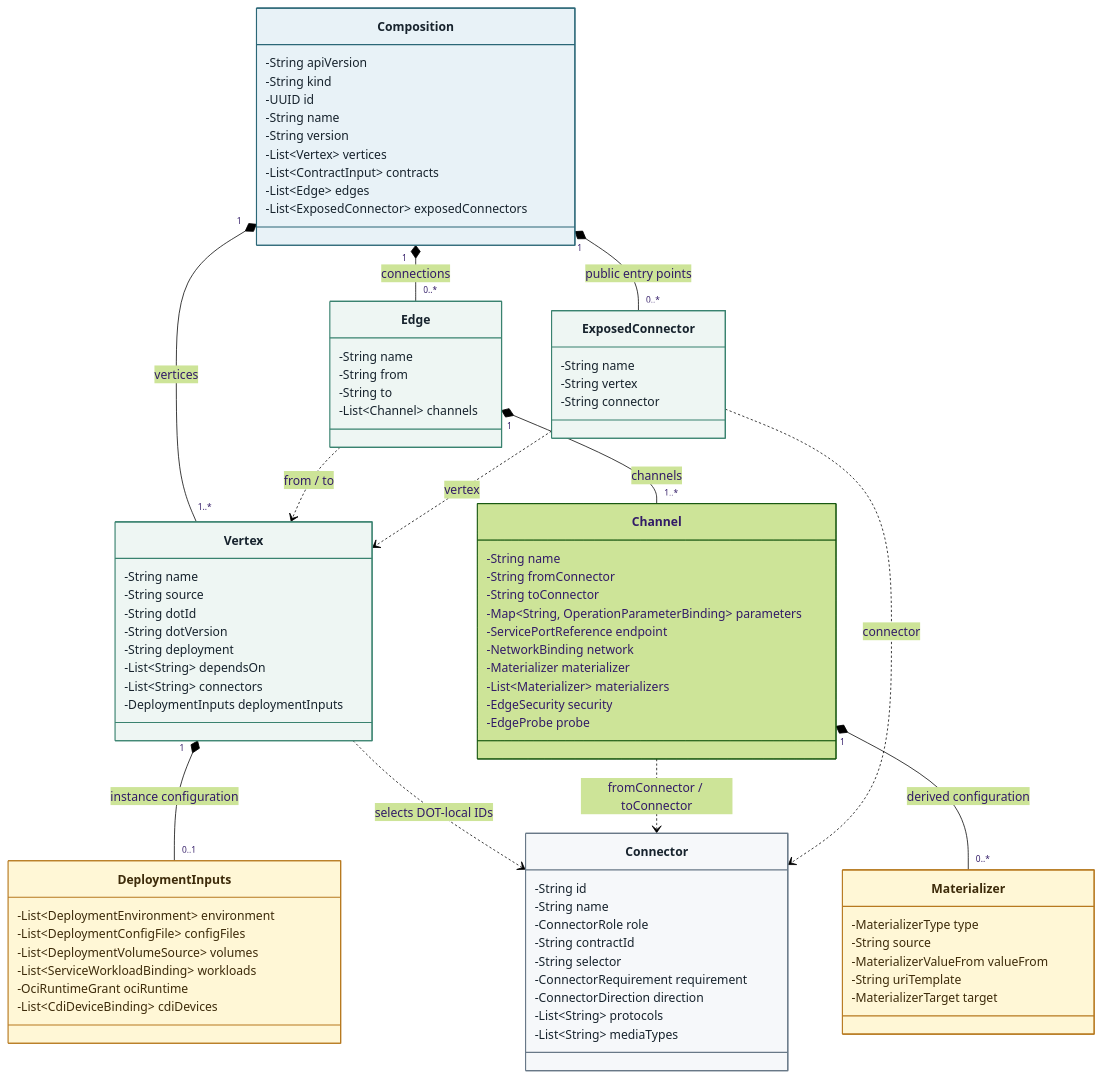
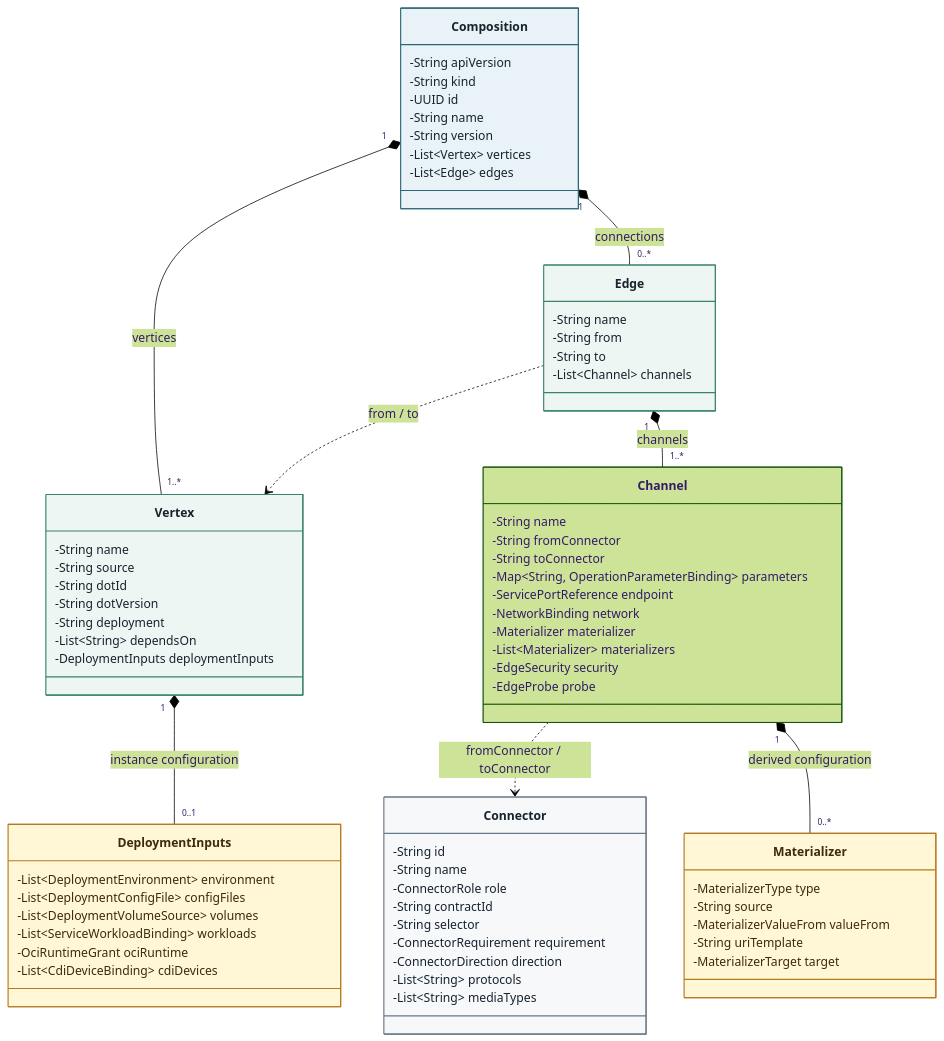
One commit to MARE-EU-Project/DOT-Docs changed the diagram in DOT-Design/next/dot-design/_attachments/diagrams/domain-composition.mmd. Above: the diagram before and after it, drawn with Mermaid (forest theme). The commit also changed 53 other files, not shown here.

```diff
--- a/DOT-Design/next/dot-design/_attachments/diagrams/domain-composition.mmd
+++ b/DOT-Design/next/dot-design/_attachments/diagrams/domain-composition.mmd
@@ -1,95 +1,82 @@
 classDiagram
   direction TB
   accTitle: Composition vertices, edges, channels, and deployment inputs
-  accDescr: Edges connect named vertices. Each edge owns channels that select a connector on each endpoint. Each Vertex selects IDs from the Connectors defined by its DOT.
+  accDescr: Edges connect named vertices. Each edge owns channels that select a connector on each endpoint. All Connectors declared by each selected DOT are available to Channels.
 
   class Composition {
     -String apiVersion
     -String kind
     -UUID id
     -String name
     -String version
     -List~Vertex~ vertices
-    -List~ContractInput~ contracts
     -List~Edge~ edges
-    -List~ExposedConnector~ exposedConnectors
   }
   class Vertex {
     -String name
     -String source
     -String dotId
     -String dotVersion
     -String deployment
     -List~String~ dependsOn
-    -List~String~ connectors
     -DeploymentInputs deploymentInputs
   }
   class DeploymentInputs {
     -List~DeploymentEnvironment~ environment
     -List~DeploymentConfigFile~ configFiles
     -List~DeploymentVolumeSource~ volumes
     -List~ServiceWorkloadBinding~ workloads
     -OciRuntimeGrant ociRuntime
     -List~CdiDeviceBinding~ cdiDevices
   }
   class Edge {
     -String name
     -String from
     -String to
     -List~Channel~ channels
   }
   class Channel {
     -String name
     -String fromConnector
     -String toConnector
     -Map~String, OperationParameterBinding~ parameters
     -ServicePortReference endpoint
     -NetworkBinding network
     -Materializer materializer
     -List~Materializer~ materializers
     -EdgeSecurity security
     -EdgeProbe probe
   }
   class Connector {
     -String id
     -String name
     -ConnectorRole role
     -String contractId
     -String selector
     -ConnectorRequirement requirement
     -ConnectorDirection direction
     -List~String~ protocols
     -List~String~ mediaTypes
   }
   class Materializer {
     -MaterializerType type
     -String source
     -MaterializerValueFrom valueFrom
     -String uriTemplate
     -MaterializerTarget target
   }
-  class ExposedConnector {
-    -String name
-    -String vertex
-    -String connector
-  }
 
   Composition "1" *-- "1..*" Vertex : vertices
   Composition "1" *-- "0..*" Edge : connections
-  Composition "1" *-- "0..*" ExposedConnector : public entry points
   Vertex "1" *-- "0..1" DeploymentInputs : instance configuration
   Edge ..> Vertex : from / to
   Edge "1" *-- "1..*" Channel : channels
-  Vertex ..> Connector : selects DOT-local IDs
   Channel ..> Connector : fromConnector / toConnector
   Channel "1" *-- "0..*" Materializer : derived configuration
-  ExposedConnector ..> Vertex : vertex
-  ExposedConnector ..> Connector : connector
 
   style Composition fill:#e8f2f7,stroke:#2b6777,color:#17232d,stroke-width:1.5px
   style Vertex fill:#eef6f3,stroke:#39826f,color:#17232d,stroke-width:1.5px
   style Edge fill:#eef6f3,stroke:#39826f,color:#17232d,stroke-width:1.5px
-  style ExposedConnector fill:#eef6f3,stroke:#39826f,color:#17232d,stroke-width:1.5px
   style DeploymentInputs fill:#fff7d6,stroke:#b7791f,color:#3d2b0a,stroke-width:1.5px
   style Materializer fill:#fff7d6,stroke:#b7791f,color:#3d2b0a,stroke-width:1.5px
   style Connector fill:#f6f8fa,stroke:#687887,color:#17232d,stroke-width:1.5px
```
